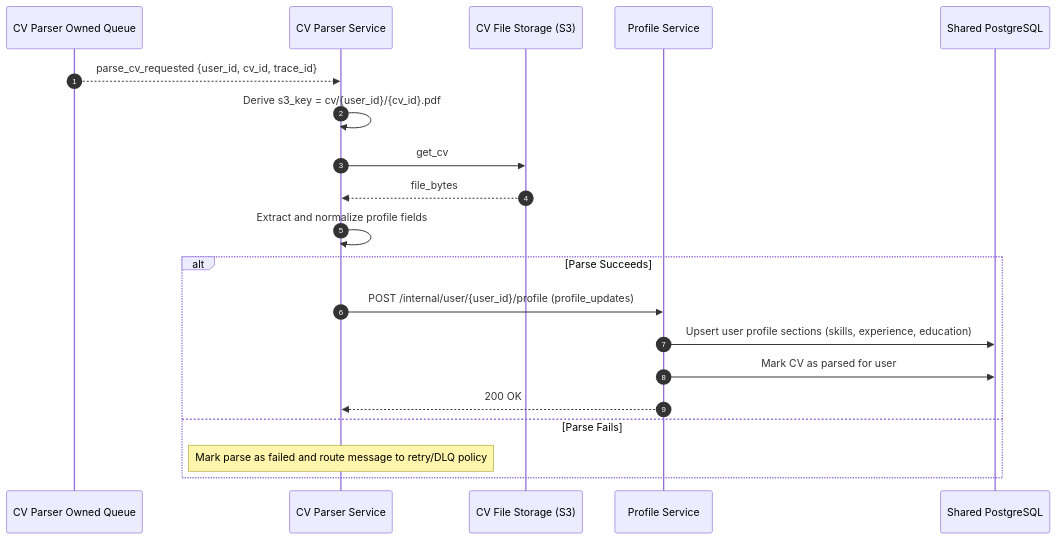
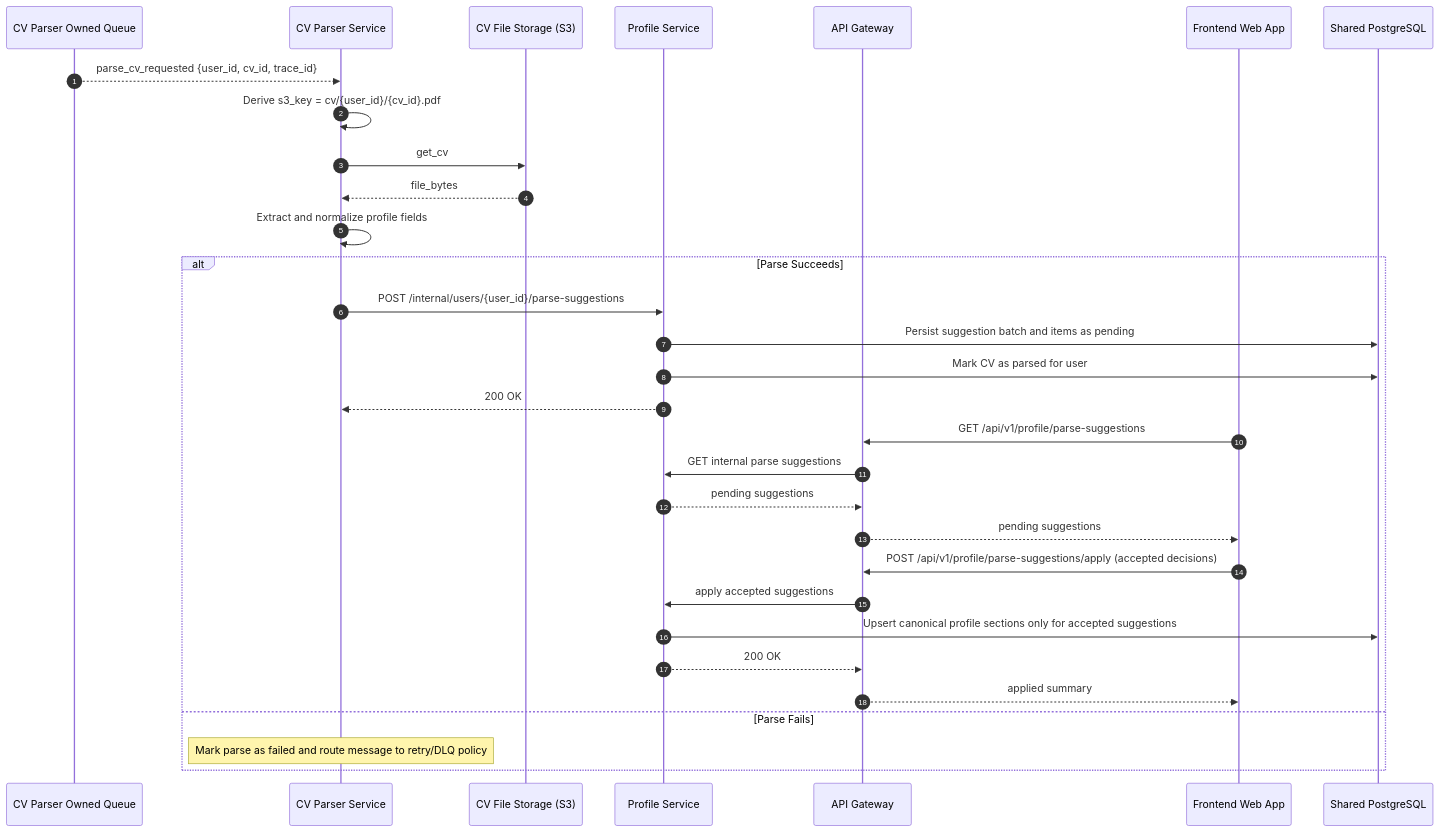
Before and after one commit to Kilianrm/cv-match: the diagram in docs/03-design/sequence-diagrams/04-parse-cv-flow.md, drawn with Mermaid. The commit also changed other lines of this file and 8 other files, not shown here.

Commit message:
docs(roadmap): first documentation approach

````diff
--- a/docs/03-design/sequence-diagrams/04-parse-cv-flow.md
+++ b/docs/03-design/sequence-diagrams/04-parse-cv-flow.md
@@ -9,24 +9,35 @@
 ```mermaid
 sequenceDiagram
     autonumber
     participant QP as CV Parser Owned Queue
     participant PARSER as CV Parser Service
     participant S3 as CV File Storage (S3)
     participant PROFILE as Profile Service
+    participant API as API Gateway
+    participant FE as Frontend Web App
     participant RDS as Shared PostgreSQL
 
     QP-->>PARSER: parse_cv_requested {user_id, cv_id, trace_id}
     PARSER->>PARSER: Derive s3_key = cv/{user_id}/{cv_id}.pdf
     PARSER->>S3: get_cv
     S3-->>PARSER: file_bytes
     PARSER->>PARSER: Extract and normalize profile fields
 
     alt Parse Succeeds
-        PARSER->>PROFILE: POST /internal/user/{user_id}/profile (profile_updates)
-        PROFILE->>RDS: Upsert user profile sections (skills, experience, education)
+        PARSER->>PROFILE: POST /internal/users/{user_id}/parse-suggestions
+        PROFILE->>RDS: Persist suggestion batch and items as pending
         PROFILE->>RDS: Mark CV as parsed for user
         PROFILE-->>PARSER: 200 OK
+        FE->>API: GET /api/v1/profile/parse-suggestions
+        API->>PROFILE: GET internal parse suggestions
+        PROFILE-->>API: pending suggestions
+        API-->>FE: pending suggestions
+        FE->>API: POST /api/v1/profile/parse-suggestions/apply (accepted decisions)
+        API->>PROFILE: apply accepted suggestions
+        PROFILE->>RDS: Upsert canonical profile sections only for accepted suggestions
+        PROFILE-->>API: 200 OK
+        API-->>FE: applied summary
     else Parse Fails
         Note over PARSER: Mark parse as failed and route message to retry/DLQ policy
     end
 ```
````
